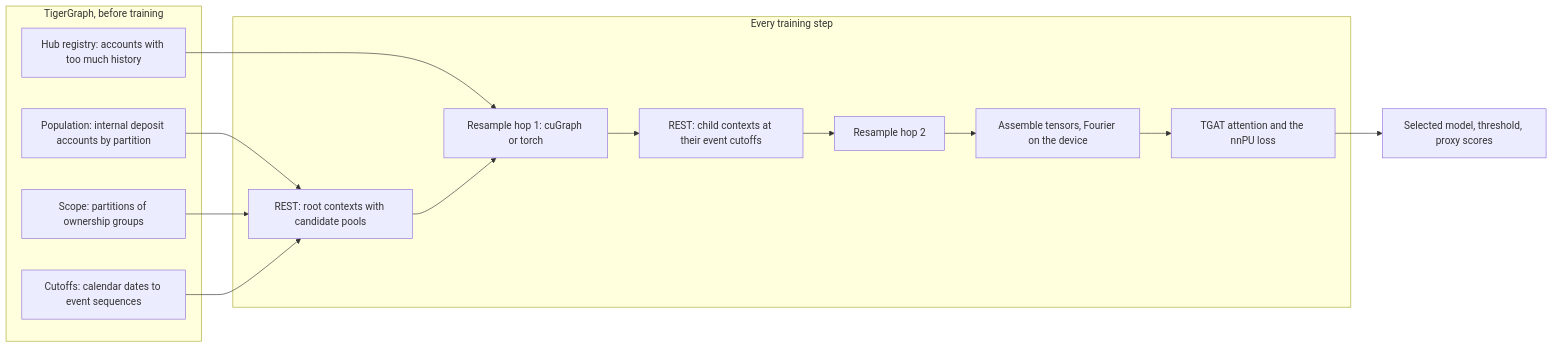
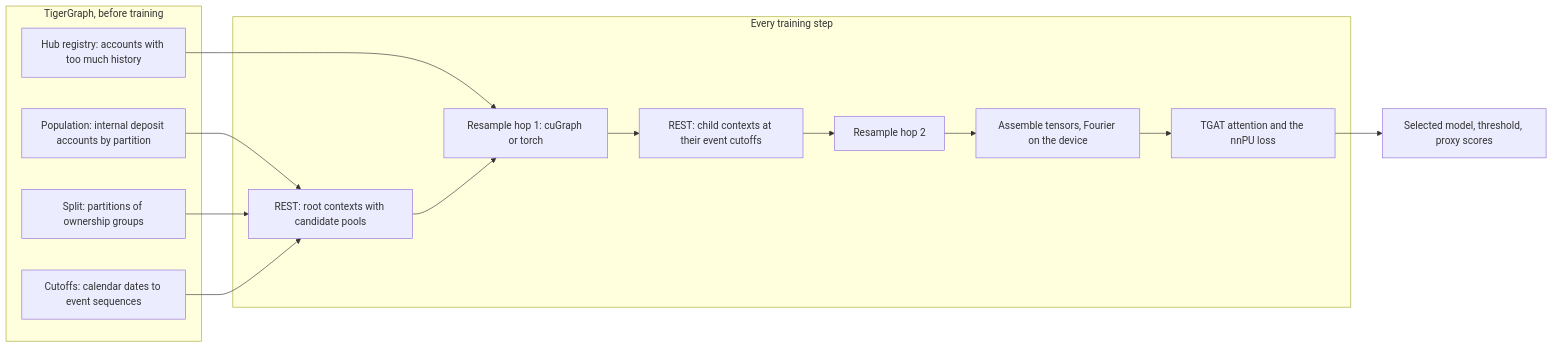
Before and after one commit to abrahamchandy95/MulePatternLearner: the diagram in docs/explanation/training.md, drawn with Mermaid. The commit also changed other lines of this file and 170 other files, not shown here.

````diff
--- a/docs/explanation/training.md
+++ b/docs/explanation/training.md
@@ -20,23 +20,23 @@
 ```mermaid
 flowchart LR
   subgraph TG[TigerGraph, before training]
-    S[Scope: partitions of ownership groups]
+    S[Split: partitions of ownership groups]
     C[Cutoffs: calendar dates to event sequences]
     H[Hub registry: accounts with too much history]
     P[Population: internal deposit accounts by partition]
   end
   subgraph Batch[Every training step]
     Q1[REST: root contexts with candidate pools]
     R1[Resample hop 1: cuGraph or torch]
     Q2[REST: child contexts at their event cutoffs]
     R2[Resample hop 2]
     A[Assemble tensors, Fourier on the device]
     M[TGAT attention and the nnPU loss]
   end
   P --> Q1
   S --> Q1
   C --> Q1
   H --> R1
   Q1 --> R1 --> Q2 --> R2 --> A --> M
   M --> K[Selected model, threshold, proxy scores]
 ```
````
